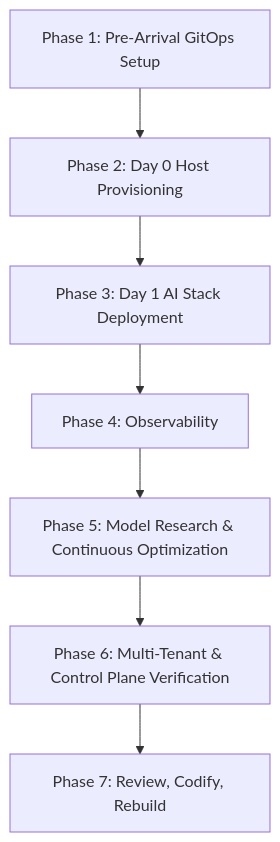
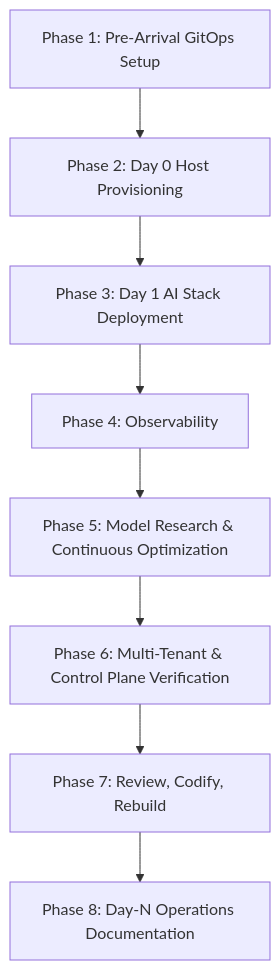
One commit to chrisjohnson/local-ai-machine changed the second of 2 diagrams in README.md. Above: the diagram before and after it, drawn with Mermaid. The commit also changed other lines of this file, not shown here.

First line of the commit message:
Add Phase 8: Day-N Operations Documentation - split README into proper docs

````diff
--- a/README.md
+++ b/README.md
@@ -996,9 +996,10 @@
 ```mermaid
 flowchart TD
     P1[Phase 1: Pre-Arrival GitOps Setup] --> P2[Phase 2: Day 0 Host Provisioning]
     P2 --> P3[Phase 3: Day 1 AI Stack Deployment]
     P3 --> P4[Phase 4: Observability]
     P4 --> P5[Phase 5: Model Research & Continuous Optimization]
     P5 --> P6[Phase 6: Multi-Tenant & Control Plane Verification]
     P6 --> P7[Phase 7: Review, Codify, Rebuild]
+    P7 --> P8[Phase 8: Day-N Operations Documentation]
 ```
````
